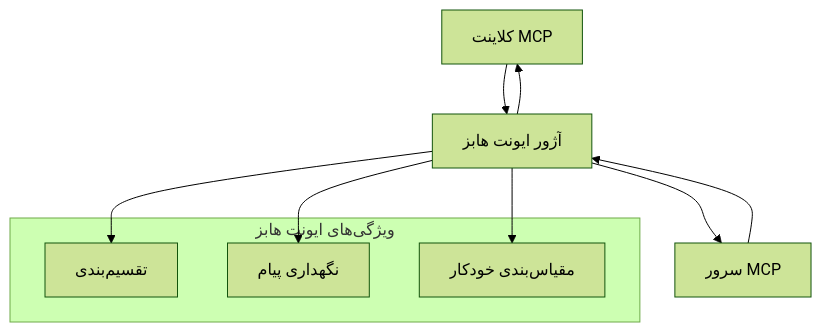
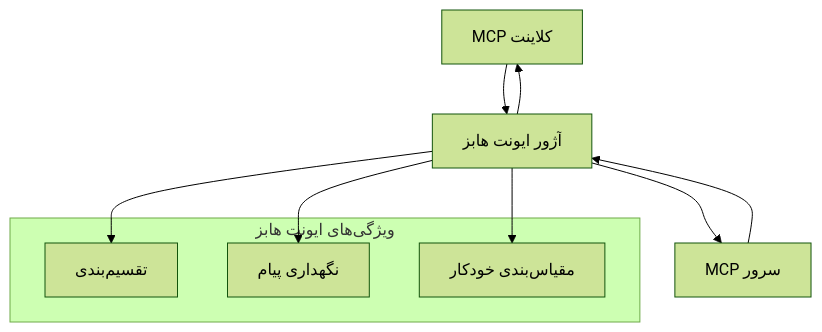
One commit to HIDORAKAI002/ai-workspace-archive changed the second of 2 diagrams in mcp_ecosystem__model_context_protocol/mcp_learning_resources/mcp-for-beginners/translations/fa/05-AdvancedTopics/mcp-transport/README.md. Above: the diagram before and after it, drawn with Mermaid (forest theme). The commit also changed other lines of this file and 1539 other files, not shown here.

````diff
--- a/mcp_ecosystem__model_context_protocol/mcp_learning_resources/mcp-for-beginners/translations/fa/05-AdvancedTopics/mcp-transport/README.md
+++ b/mcp_ecosystem__model_context_protocol/mcp_learning_resources/mcp-for-beginners/translations/fa/05-AdvancedTopics/mcp-transport/README.md
@@ -269,17 +270,17 @@
 ```mermaid
 graph TB
-    Client[کلاینت MCP] --> EH[آژور ایونت هابز]
-    EH --> Server[سرور MCP]
+    Client[MCP کلاینت] --> EH[آژور ایونت هابز]
+    EH --> Server[MCP سرور]
     Server --> EH
     EH --> Client
     
     subgraph "ویژگی‌های ایونت هابز"
         Partition[تقسیم‌بندی]
         Retention[نگهداری پیام]
         Scaling[مقیاس‌بندی خودکار]
     end
     
     EH --> Partition
     EH --> Retention
     EH --> Scaling
 ```
````
